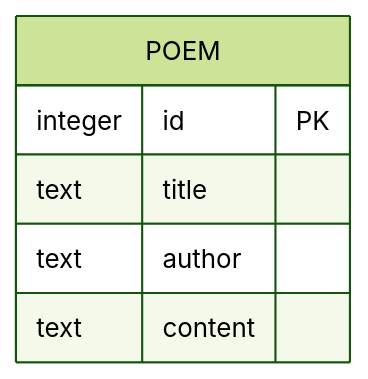
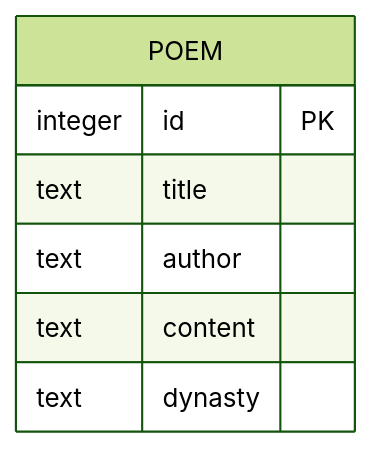
One commit to iazrael/feihua-ling changed the fourth of 5 diagrams in .qoder/repowiki/zh/content/环境配置与部署/部署指南/部署指南.md. Above: the diagram before and after it, drawn with Mermaid (forest theme). The commit also changed other lines of this file and 12 other files, not shown here.

````diff
--- a/.qoder/repowiki/zh/content/环境配置与部署/部署指南/部署指南.md
+++ b/.qoder/repowiki/zh/content/环境配置与部署/部署指南/部署指南.md
@@ -184,9 +215,10 @@
 ```mermaid
 erDiagram
 POEM {
 integer id PK
 text title
 text author
 text content
+text dynasty
 }
 ```
````
